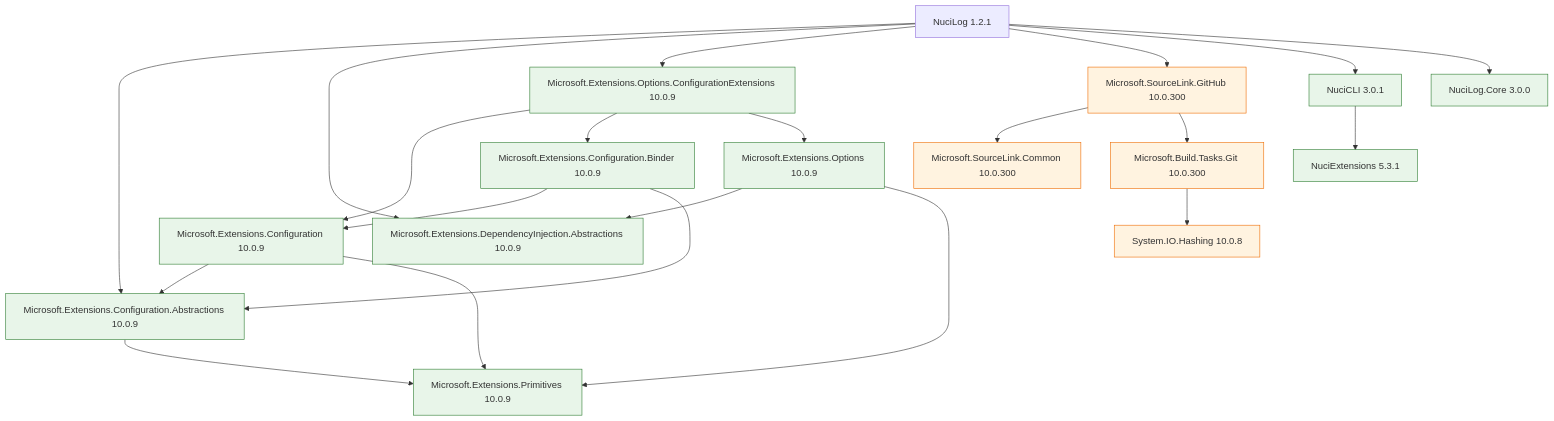
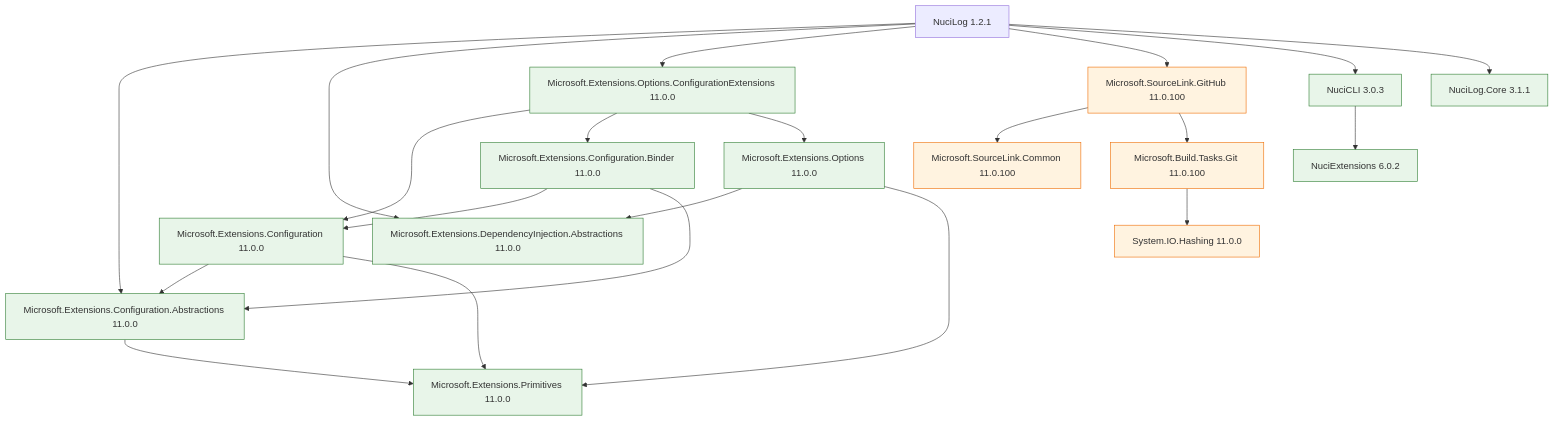
One commit to hmlendea/nucilog changed the diagram in docs/dependencies.md. Above: the diagram before and after it, drawn with Mermaid. The commit also changed other lines of this file and 10 other files, not shown here.

````diff
--- a/docs/dependencies.md
+++ b/docs/dependencies.md
@@ -237,38 +232,38 @@
 ```mermaid
 graph TD
-    NuciLog[NuciLog 1.2.1] --> ConfigAbs[Microsoft.Extensions.Configuration.Abstractions 10.0.9]
-    NuciLog --> DIAbs[Microsoft.Extensions.DependencyInjection.Abstractions 10.0.9]
-    NuciLog --> OptConfigExt[Microsoft.Extensions.Options.ConfigurationExtensions 10.0.9]
-    NuciLog --> SourceLink[Microsoft.SourceLink.GitHub 10.0.300]
-    NuciLog --> NuciCLI[NuciCLI 3.0.1]
-    NuciLog --> NuciCore[NuciLog.Core 3.0.0]
+    NuciLog[NuciLog 1.2.1] --> ConfigAbs[Microsoft.Extensions.Configuration.Abstractions 11.0.0]
+    NuciLog --> DIAbs[Microsoft.Extensions.DependencyInjection.Abstractions 11.0.0]
+    NuciLog --> OptConfigExt[Microsoft.Extensions.Options.ConfigurationExtensions 11.0.0]
+    NuciLog --> SourceLink[Microsoft.SourceLink.GitHub 11.0.100]
+    NuciLog --> NuciCLI[NuciCLI 3.0.3]
+    NuciLog --> NuciCore[NuciLog.Core 3.1.1]
 
-    ConfigAbs --> Primitives[Microsoft.Extensions.Primitives 10.0.9]
+    ConfigAbs --> Primitives[Microsoft.Extensions.Primitives 11.0.0]
 
-    OptConfigExt --> Config[Microsoft.Extensions.Configuration 10.0.9]
-    OptConfigExt --> Binder[Microsoft.Extensions.Configuration.Binder 10.0.9]
-    OptConfigExt --> Options[Microsoft.Extensions.Options 10.0.9]
+    OptConfigExt --> Config[Microsoft.Extensions.Configuration 11.0.0]
+    OptConfigExt --> Binder[Microsoft.Extensions.Configuration.Binder 11.0.0]
+    OptConfigExt --> Options[Microsoft.Extensions.Options 11.0.0]
 
     Config --> ConfigAbs
     Config --> Primitives
 
     Binder --> Config
     Binder --> ConfigAbs
 
     Options --> DIAbs
     Options --> Primitives
 
-    SourceLink --> SourceLinkCommon[Microsoft.SourceLink.Common 10.0.300]
-    SourceLink --> BuildTasksGit[Microsoft.Build.Tasks.Git 10.0.300]
+    SourceLink --> SourceLinkCommon[Microsoft.SourceLink.Common 11.0.100]
+    SourceLink --> BuildTasksGit[Microsoft.Build.Tasks.Git 11.0.100]
 
-    BuildTasksGit --> Hashing[System.IO.Hashing 10.0.8]
+    BuildTasksGit --> Hashing[System.IO.Hashing 11.0.0]
 
-    NuciCLI --> NuciExt[NuciExtensions 5.3.1]
+    NuciCLI --> NuciExt[NuciExtensions 6.0.2]
 
     classDef runtime fill:#e8f5e9,stroke:#2e7d32;
     classDef buildtime fill:#fff3e0,stroke:#ef6c00;
     classDef external fill:#e3f2fd,stroke:#1565c0;
 
     class ConfigAbs,DIAbs,OptConfigExt,NuciCLI,NuciCore,Primitives,Config,Binder,Options,NuciExt runtime;
     class SourceLink,SourceLinkCommon,BuildTasksGit,Hashing buildtime;
 ```
````
